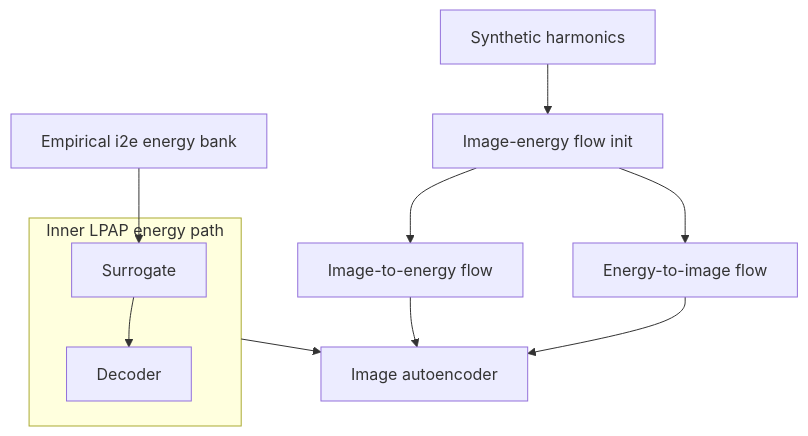
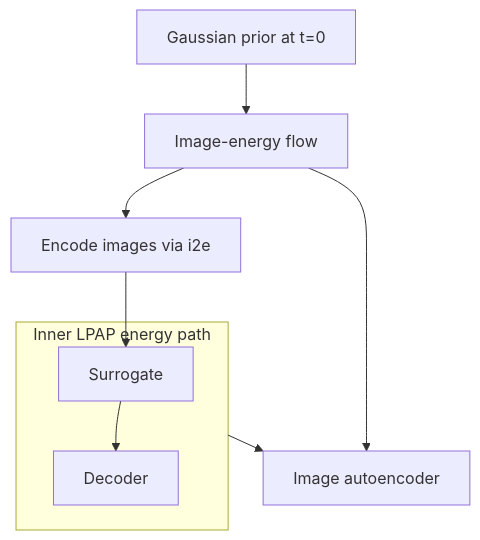
Before and after one commit to matovitch/lpap: the diagram in doc/index.md, drawn with Mermaid. The commit also changed other lines of this file and 34 other files, not shown here.

First line of the commit message:
Replace harmonics/bank flow prior with Gaussian N(0, σ²I).

````diff
--- a/doc/index.md
+++ b/doc/index.md
@@ -46,19 +44,15 @@
 ```mermaid
 flowchart TD
-    energy_bank[Empirical i2e energy bank] --> surrogate[Surrogate]
+    gaussian[Gaussian prior at t=0] --> flow[Image-energy flow]
+    flow --> energy_bank[Encode images via i2e]
+    energy_bank --> surrogate[Surrogate]
     surrogate --> decoder[Decoder]
-    harmonics[Synthetic harmonics] --> flow[Image-energy flow init]
-    i2e[Image-to-energy flow]
-    e2i[Energy-to-image flow]
 
     subgraph inner [Inner LPAP energy path]
         surrogate
         decoder
     end
 
-    flow --> i2e
-    flow --> e2i
-    i2e --> autoencoder[Image autoencoder]
-    e2i --> autoencoder
+    flow --> autoencoder[Image autoencoder]
     inner --> autoencoder
 ```
````
